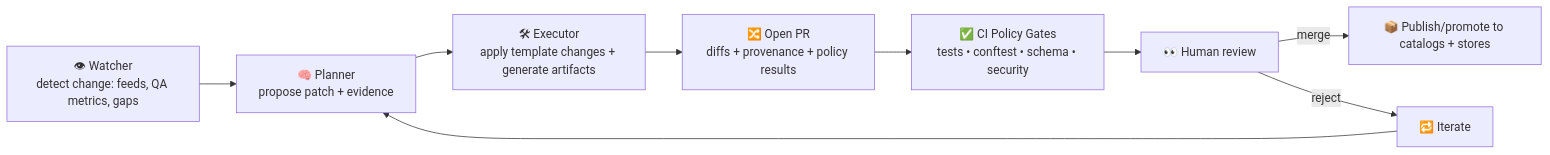
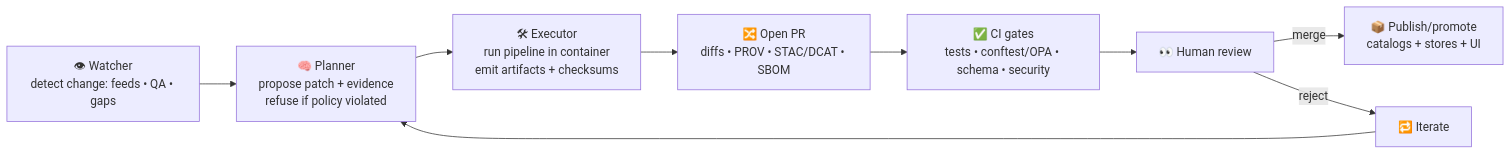
The eighth of 13 diagrams in docs/architecture/diagrams/README.md (bartytime4life/Kansas-Frontier-Matrix), drawn with Mermaid before and after one commit. The commit also changed other lines of this file, not shown here.

````diff
--- a/docs/architecture/diagrams/README.md
+++ b/docs/architecture/diagrams/README.md
@@ -382,11 +524,11 @@
 ```mermaid
 flowchart LR
-  W[👁 Watcher<br/>detect change: feeds, QA metrics, gaps] --> PL[🧠 Planner<br/>propose patch + evidence]
-  PL --> EX[🛠 Executor<br/>apply template changes + generate artifacts]
-  EX --> PR[🔀 Open PR<br/>diffs + provenance + policy results]
-  PR --> CI[✅ CI Policy Gates<br/>tests • conftest • schema • security]
-  CI --> HR[👀 Human review]
-  HR -->|merge| PUB[📦 Publish/promote to catalogs + stores]
-  HR -->|reject| FIX[🔁 Iterate]
+  W["👁 Watcher<br/>detect change: feeds • QA • gaps"] --> PL["🧠 Planner<br/>propose patch + evidence<br/>refuse if policy violated"]
+  PL --> EX["🛠 Executor<br/>run pipeline in container<br/>emit artifacts + checksums"]
+  EX --> PR["🔀 Open PR<br/>diffs • PROV • STAC/DCAT • SBOM"]
+  PR --> CI["✅ CI gates<br/>tests • conftest/OPA • schema • security"]
+  CI --> HR["👀 Human review"]
+  HR -->|merge| PUB["📦 Publish/promote<br/>catalogs + stores + UI"]
+  HR -->|reject| FIX["🔁 Iterate"]
   FIX --> PL
 ```
````
